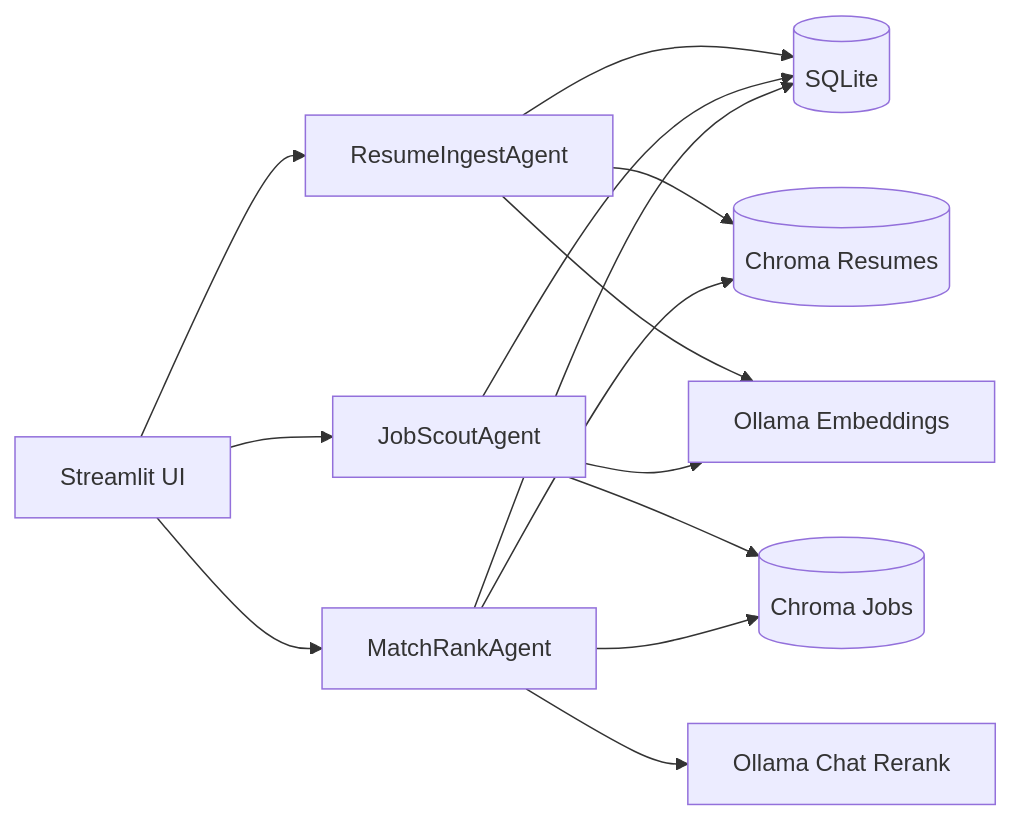
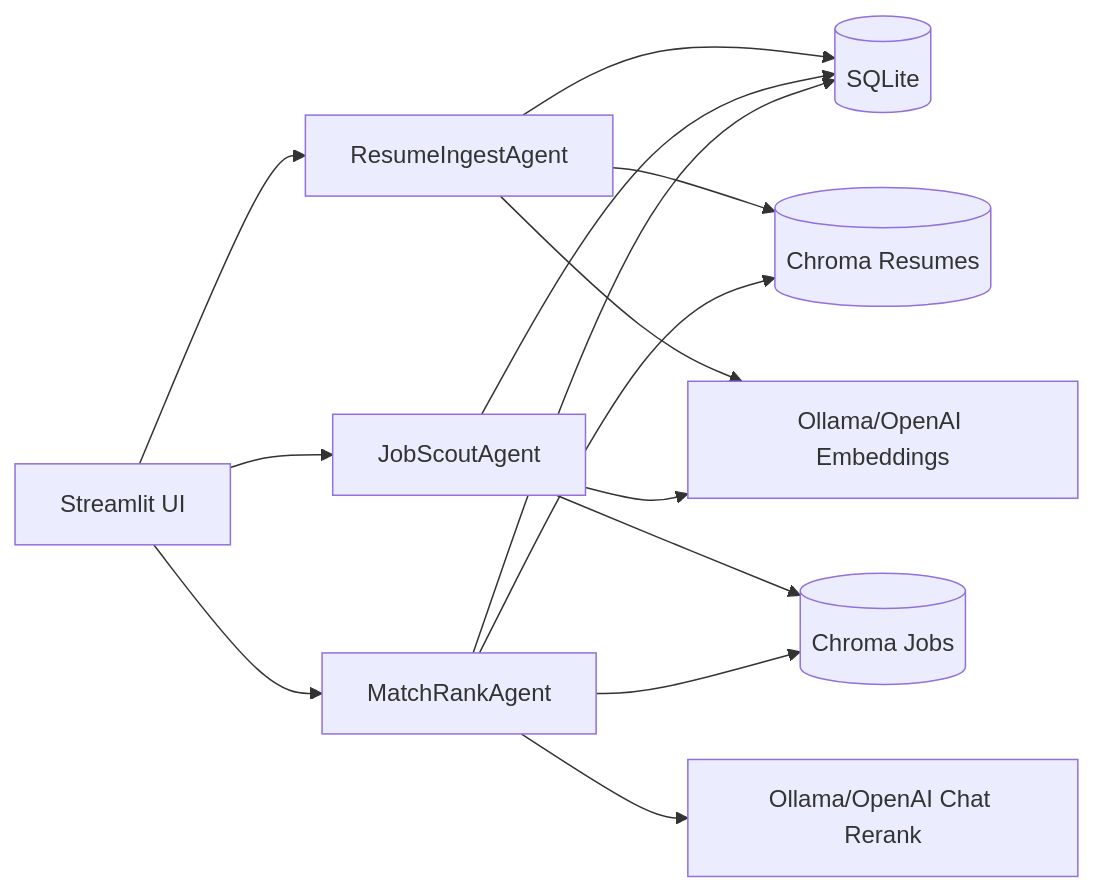
One commit to ksauln/LocalJobDashboard changed the diagram in docs/ARCHITECTURE.md. Above: the diagram before and after it, drawn with Mermaid. The commit also changed other lines of this file and 11 other files, not shown here.

````diff
--- a/docs/ARCHITECTURE.md
+++ b/docs/ARCHITECTURE.md
@@ -28,16 +28,16 @@
 ```mermaid
 flowchart LR
   UI[Streamlit UI] --> A1[ResumeIngestAgent]
   UI --> A2[JobScoutAgent]
   UI --> A3[MatchRankAgent]
   A1 --> RDB[(SQLite)]
   A2 --> RDB
   A3 --> RDB
   A1 --> RVDB[(Chroma Resumes)]
   A2 --> JVDB[(Chroma Jobs)]
   A3 --> RVDB
   A3 --> JVDB
-  A1 --> O[Ollama Embeddings]
+  A1 --> O[Ollama/OpenAI Embeddings]
   A2 --> O
-  A3 --> O2[Ollama Chat Rerank]
+  A3 --> O2[Ollama/OpenAI Chat Rerank]
 ```
````
